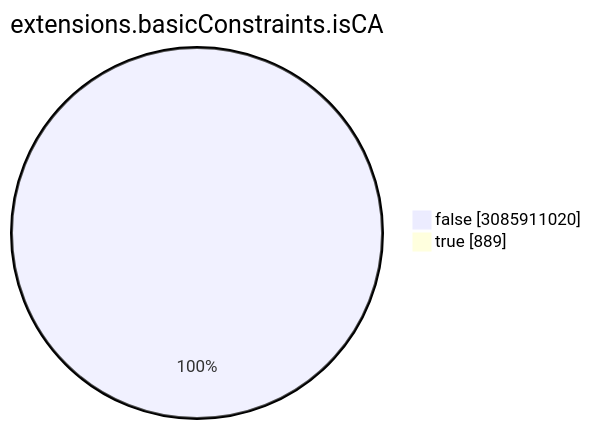
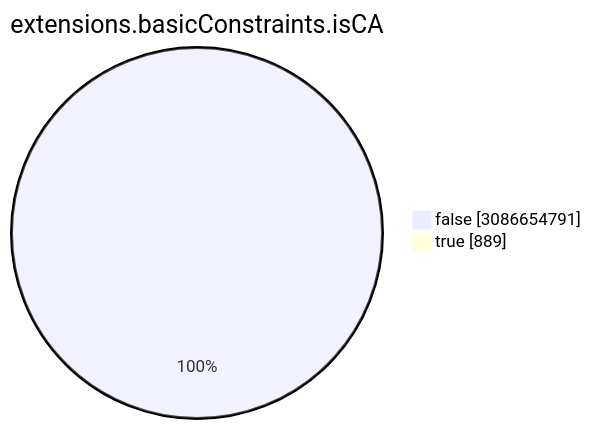
The seventh of 15 diagrams in TOTAL/README.md (christiankrug/ctmonitor_visualization), drawn with Mermaid before and after one commit. The commit also changed other lines of this file, not shown here.

````diff
--- a/TOTAL/README.md
+++ b/TOTAL/README.md
@@ -3086,6 +3086,6 @@
 ```mermaid
 pie showData
 title extensions.basicConstraints.isCA
-"false" :3085911020
+"false" :3086654791
 "true" :889
 ```
````
